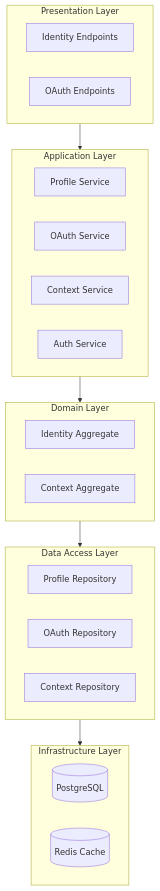
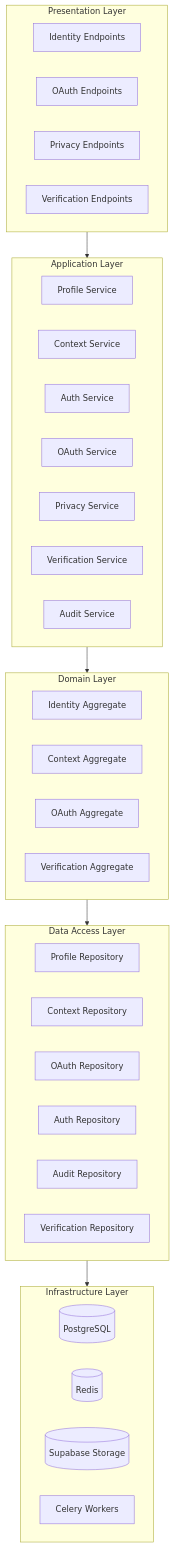
Before and after one commit to mastrolinux/final-project: the first of 5 diagrams in draft-report.qmd, drawn with Mermaid. The commit also changed other lines of this file and 5 other files, not shown here.

````diff
--- a/draft-report.qmd
+++ b/draft-report.qmd
@@ -226,38 +226,50 @@
 ```{mermaid}
 %%| label: fig-layered-arch
 %%| fig-cap: "Five-layer system architecture"
 %%| fig-width: 6
 graph TD
     subgraph PL["Presentation Layer"]
         IE[Identity Endpoints]
         OE[OAuth Endpoints]
+        PE[Privacy Endpoints]
+        VE[Verification Endpoints]
     end
 
     subgraph AL["Application Layer"]
         PS[Profile Service]
-        OS[OAuth Service]
         CS[Context Service]
         AS[Auth Service]
+        OS[OAuth Service]
+        PRS[Privacy Service]
+        VS[Verification Service]
+        AUS[Audit Service]
     end
 
     subgraph DL["Domain Layer"]
         IA[Identity Aggregate]
         CA[Context Aggregate]
+        OA[OAuth Aggregate]
+        VA[Verification Aggregate]
     end
 
     subgraph DAL["Data Access Layer"]
         PR[Profile Repository]
+        CR[Context Repository]
         OR[OAuth Repository]
-        CR[Context Repository]
+        AR[Auth Repository]
+        AUR[Audit Repository]
+        VR[Verification Repository]
     end
 
     subgraph IL["Infrastructure Layer"]
         DB[(PostgreSQL)]
-        CACHE[(Redis Cache)]
+        CACHE[(Redis)]
+        STORE[(Supabase Storage)]
+        CELERY[Celery Workers]
     end
 
     PL --> AL
     AL --> DL
     DL --> DAL
     DAL --> IL
 ```
````
